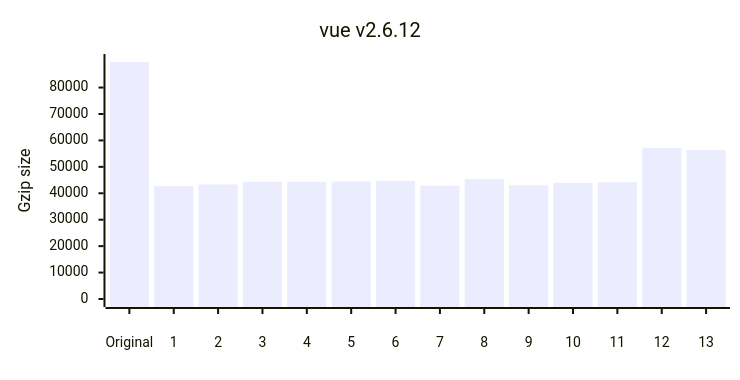
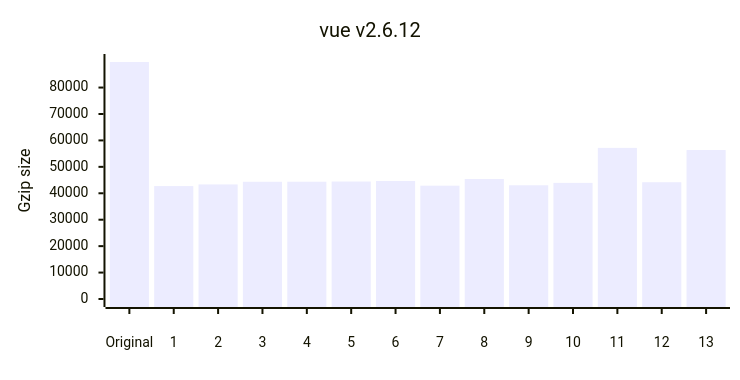
The fourth of 12 diagrams in README.md (privatenumber/minification-benchmarks), drawn with Mermaid before and after one commit. The commit also changed other lines of this file and 3 other files, not shown here.

````diff
--- a/README.md
+++ b/README.md
@@ -209,17 +209,17 @@
 ```mermaid
 ---
 config:
     xyChart:
         width: 720
         height: 360
         xAxis:
             labelPadding: 20
         yAxis:
             labelPadding: 10
 ---
 xychart-beta
 	title "vue v2.6.12"
 	x-axis ["Original",1,2,3,4,5,6,7,8,9,10,11,12,13]
 	y-axis "Gzip size" 0 --> 89668
-	bar [89668,42730,43348,44358,44368,44450,44636,42870,45400,43036,43925,44184,57169,56356]
+	bar [89668,42730,43348,44358,44368,44450,44636,42870,45400,43036,43925,57169,44184,56356]
 ```
````
